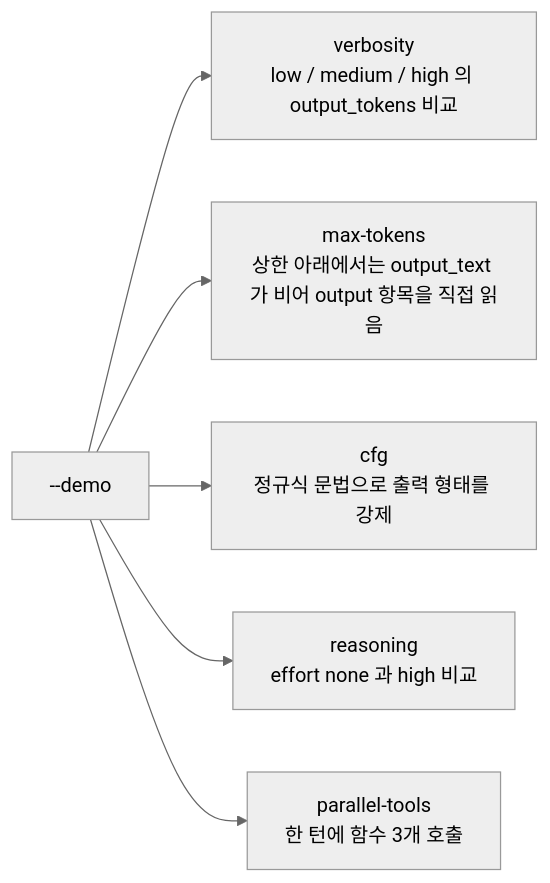
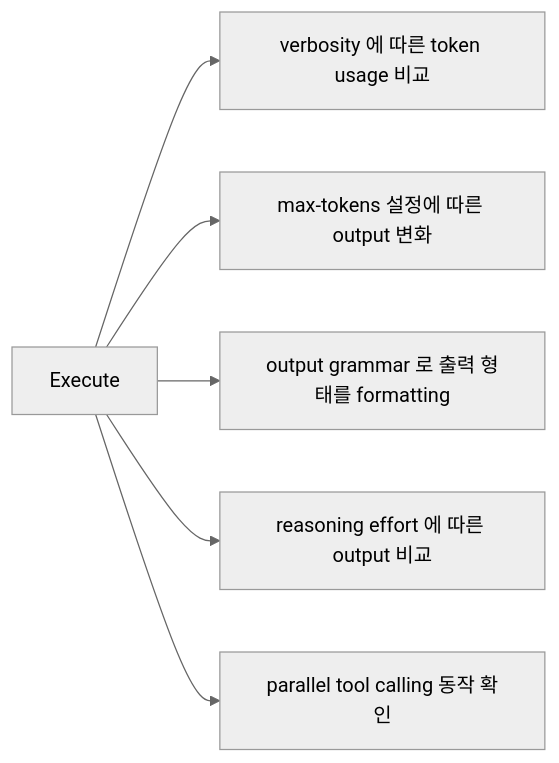
One commit to ivorycloud1013/lab-azure-hol-ai-services changed the fourth of 5 diagrams in python/README.md. Above: the diagram before and after it, drawn with Mermaid. The commit also changed other lines of this file and 2 other files, not shown here.

````diff
--- a/python/README.md
+++ b/python/README.md
@@ -218,9 +169,9 @@
 ```mermaid
 %%{init: {"theme": "neutral"}}%%
 flowchart LR
-    DEMO["--demo"] --> V["verbosity<br/>low / medium / high 의 output_tokens 비교"]
-    DEMO --> M["max-tokens<br/>상한 아래에서는 output_text 가 비어 output 항목을 직접 읽음"]
-    DEMO --> C["cfg<br/>정규식 문법으로 출력 형태를 강제"]
-    DEMO --> R["reasoning<br/>effort none 과 high 비교"]
-    DEMO --> P["parallel-tools<br/>한 턴에 함수 3개 호출"]
+    DEMO["Execute"] --> V["verbosity 에 따른 token usage 비교"]
+    DEMO --> M["max-tokens 설정에 따른 output 변화"]
+    DEMO --> C["output grammar 로 출력 형태를 formatting"]
+    DEMO --> R["reasoning effort 에 따른 output 비교"]
+    DEMO --> P["parallel tool calling 동작 확인"]
 ```
````
